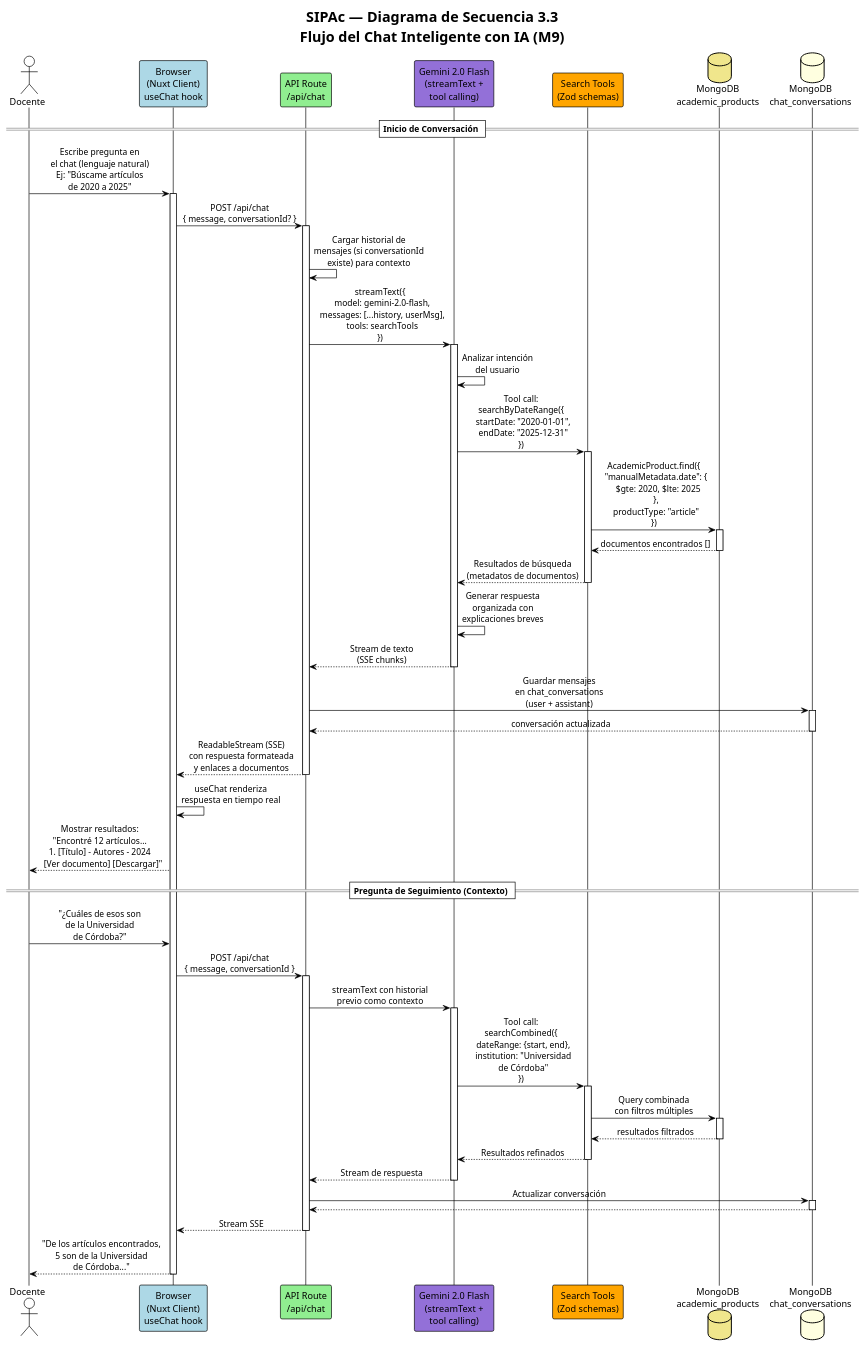
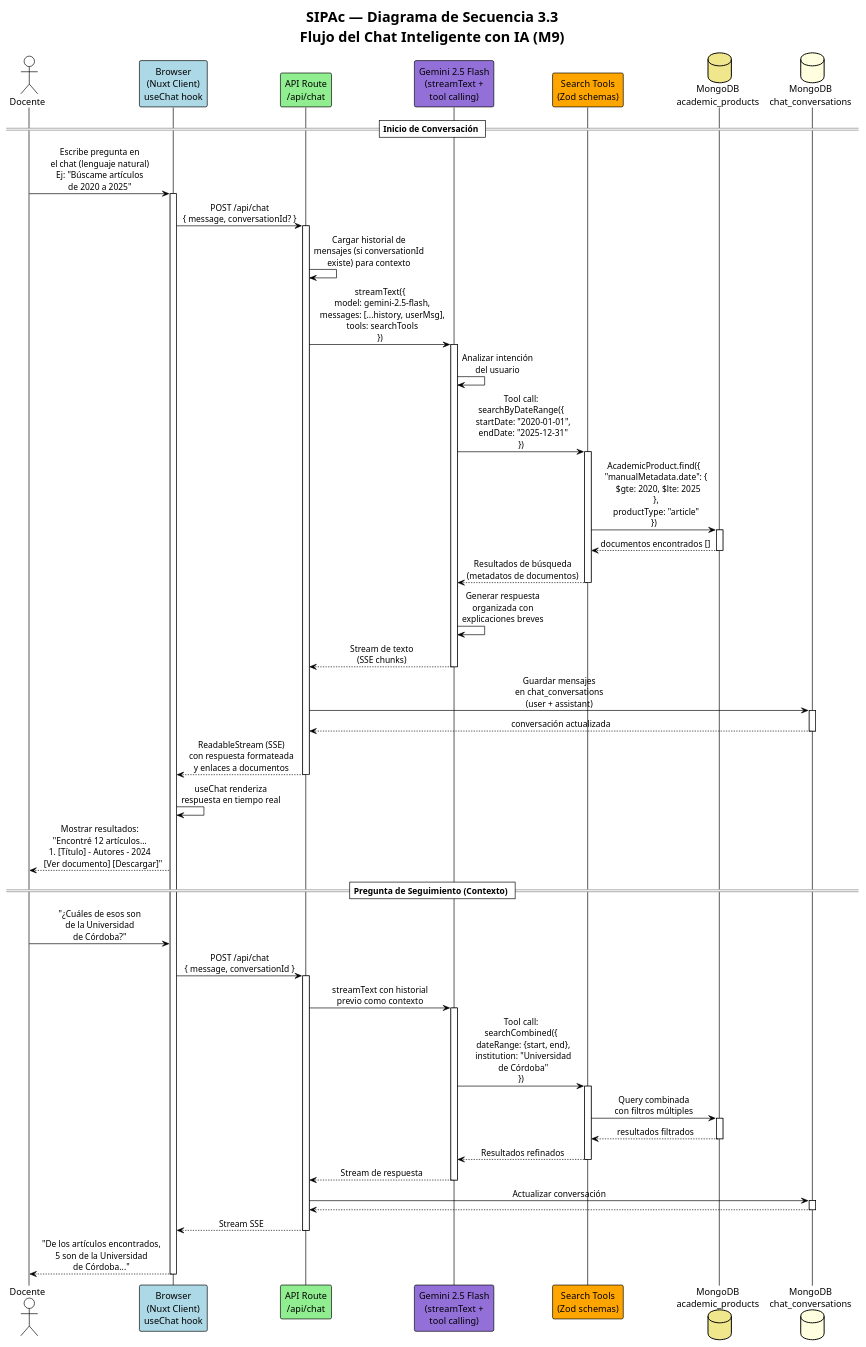
One commit to KarloZ7715/SIPAc changed the diagram in docs/analisis-diseno/diagramas/puml/03c-secuencia-chat.puml. Above: the diagram before and after it, drawn with PlantUML. The commit also changed 8 other files, not shown here.

```diff
--- a/docs/analisis-diseno/diagramas/puml/03c-secuencia-chat.puml
+++ b/docs/analisis-diseno/diagramas/puml/03c-secuencia-chat.puml
@@ -1,96 +1,96 @@
 @startuml 03c-secuencia-chat
 !theme plain
 skinparam sequenceMessageAlign center
 skinparam responseMessageBelowArrow true
 skinparam maxMessageSize 220
 
 title SIPAc — Diagrama de Secuencia 3.3\nFlujo del Chat Inteligente con IA (M9)
 
 actor "Docente" as User
 participant "Browser\n(Nuxt Client)\nuseChat hook" as Browser #LightBlue
 participant "API Route\n/api/chat" as APIChat #LightGreen
-participant "Gemini 2.0 Flash\n(streamText +\ntool calling)" as Gemini #MediumPurple
+participant "Gemini 2.5 Flash\n(streamText +\ntool calling)" as Gemini #MediumPurple
 participant "Search Tools\n(Zod schemas)" as Tools #Orange
 database "MongoDB\nacademic_products" as DB #Khaki
 database "MongoDB\nchat_conversations" as DBChat #LightYellow
 
 == Inicio de Conversación ==
 
 User -> Browser : Escribe pregunta en\nel chat (lenguaje natural)\nEj: "Búscame artículos\nde 2020 a 2025"
 activate Browser
 
 Browser -> APIChat : POST /api/chat\n{ message, conversationId? }
 activate APIChat
 
 APIChat -> APIChat : Cargar historial de\nmensajes (si conversationId\nexiste) para contexto
 
-APIChat -> Gemini : streamText({\n  model: gemini-2.0-flash,\n  messages: [...history, userMsg],\n  tools: searchTools\n})
+APIChat -> Gemini : streamText({\n  model: gemini-2.5-flash,\n  messages: [...history, userMsg],\n  tools: searchTools\n})
 activate Gemini
 
 Gemini -> Gemini : Analizar intención\ndel usuario
 
 Gemini -> Tools : Tool call:\nsearchByDateRange({\n  startDate: "2020-01-01",\n  endDate: "2025-12-31"\n})
 activate Tools
 
 Tools -> DB : AcademicProduct.find({\n  "manualMetadata.date": {\n    $gte: 2020, $lte: 2025\n  },\n  productType: "article"\n})
 activate DB
 DB --> Tools : documentos encontrados []
 deactivate DB
 
 Tools --> Gemini : Resultados de búsqueda\n(metadatos de documentos)
 deactivate Tools
 
 Gemini -> Gemini : Generar respuesta\norganizada con\nexplicaciones breves
 
 Gemini --> APIChat : Stream de texto\n(SSE chunks)
 deactivate Gemini
 
 APIChat -> DBChat : Guardar mensajes\nen chat_conversations\n(user + assistant)
 activate DBChat
 DBChat --> APIChat : conversación actualizada
 deactivate DBChat
 
 APIChat --> Browser : ReadableStream (SSE)\ncon respuesta formateada\ny enlaces a documentos
 deactivate APIChat
 
 Browser -> Browser : useChat renderiza\nrespuesta en tiempo real
 
 Browser --> User : Mostrar resultados:\n"Encontré 12 artículos...\n1. [Título] - Autores - 2024\n   [Ver documento] [Descargar]"
 
 == Pregunta de Seguimiento (Contexto) ==
 
 User -> Browser : "¿Cuáles de esos son\nde la Universidad\nde Córdoba?"
 
 Browser -> APIChat : POST /api/chat\n{ message, conversationId }
 activate APIChat
 
 APIChat -> Gemini : streamText con historial\nprevio como contexto
 activate Gemini
 
 Gemini -> Tools : Tool call:\nsearchCombined({\n  dateRange: {start, end},\n  institution: "Universidad\n  de Córdoba"\n})
 activate Tools
 
 Tools -> DB : Query combinada\ncon filtros múltiples
 activate DB
 DB --> Tools : resultados filtrados
 deactivate DB
 
 Tools --> Gemini : Resultados refinados
 deactivate Tools
 
 Gemini --> APIChat : Stream de respuesta
 deactivate Gemini
 
 APIChat -> DBChat : Actualizar conversación
 activate DBChat
 DBChat --> APIChat
 deactivate DBChat
 
 APIChat --> Browser : Stream SSE
 deactivate APIChat
 
 Browser --> User : "De los artículos encontrados,\n5 son de la Universidad\nde Córdoba..."
 
 deactivate Browser
 
 @enduml
```
